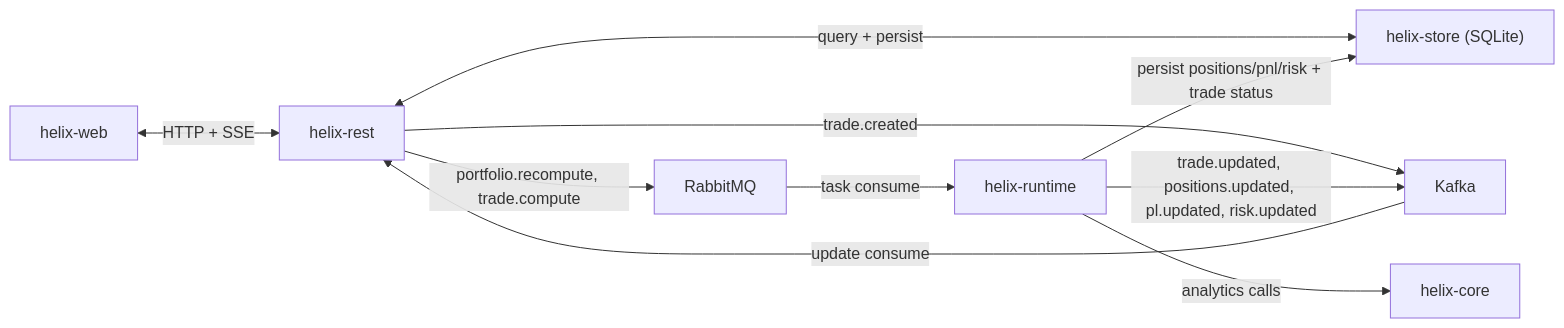
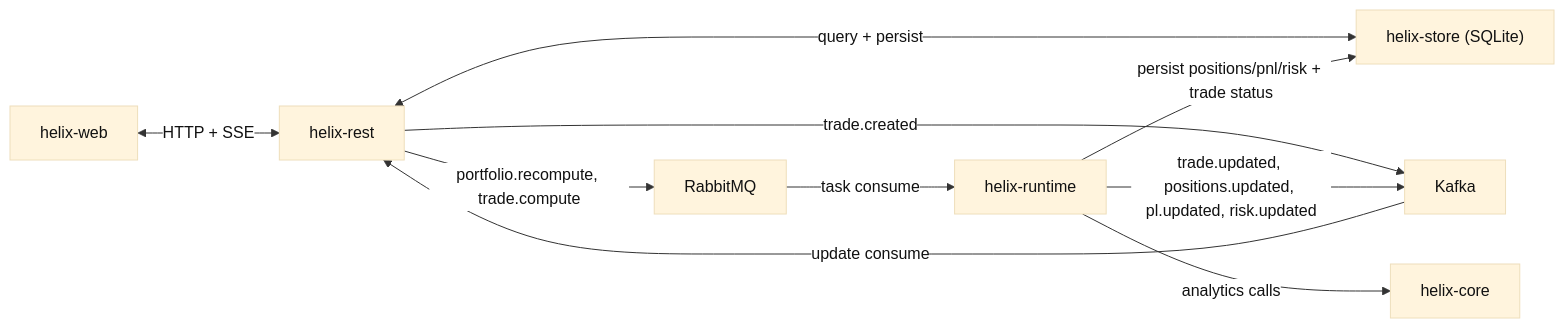
Before and after one commit to a4shubert/helix: the diagram in README.md, drawn with Mermaid.

Commit message:
udpated for diagram in readme

````diff
--- a/README.md
+++ b/README.md
@@ -17,23 +17,24 @@
 ```mermaid
+%%{init: {"theme":"base","themeVariables":{"background":"#ffffff","primaryTextColor":"#111111","lineColor":"#333333","edgeLabelBackground":"#ffffff"}}}%%
 flowchart LR
     web["helix-web"]
     rest["helix-rest"]
     runtime["helix-runtime"]
     core["helix-core"]
     store["helix-store (SQLite)"]
     kafka["Kafka"]
     rabbit["RabbitMQ"]
 
     web <--> |HTTP + SSE| rest
     rest <--> |query + persist| store
 
     rest --> |trade.created| kafka
     rest --> |portfolio.recompute, trade.compute| rabbit
 
     rabbit --> |task consume| runtime
     runtime --> |analytics calls| core
     runtime --> |persist positions/pnl/risk + trade status| store
     runtime --> |trade.updated, positions.updated, pl.updated, risk.updated| kafka
 
     kafka --> |update consume| rest
 ```
````
